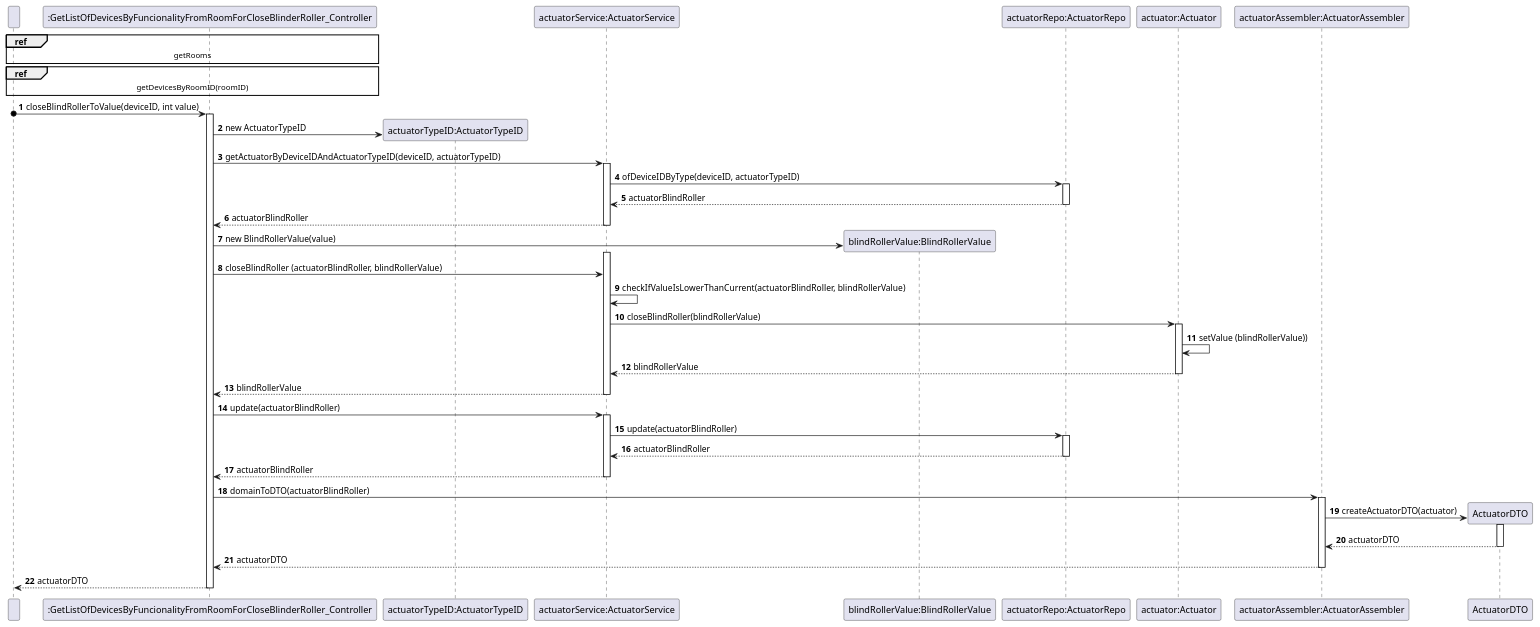
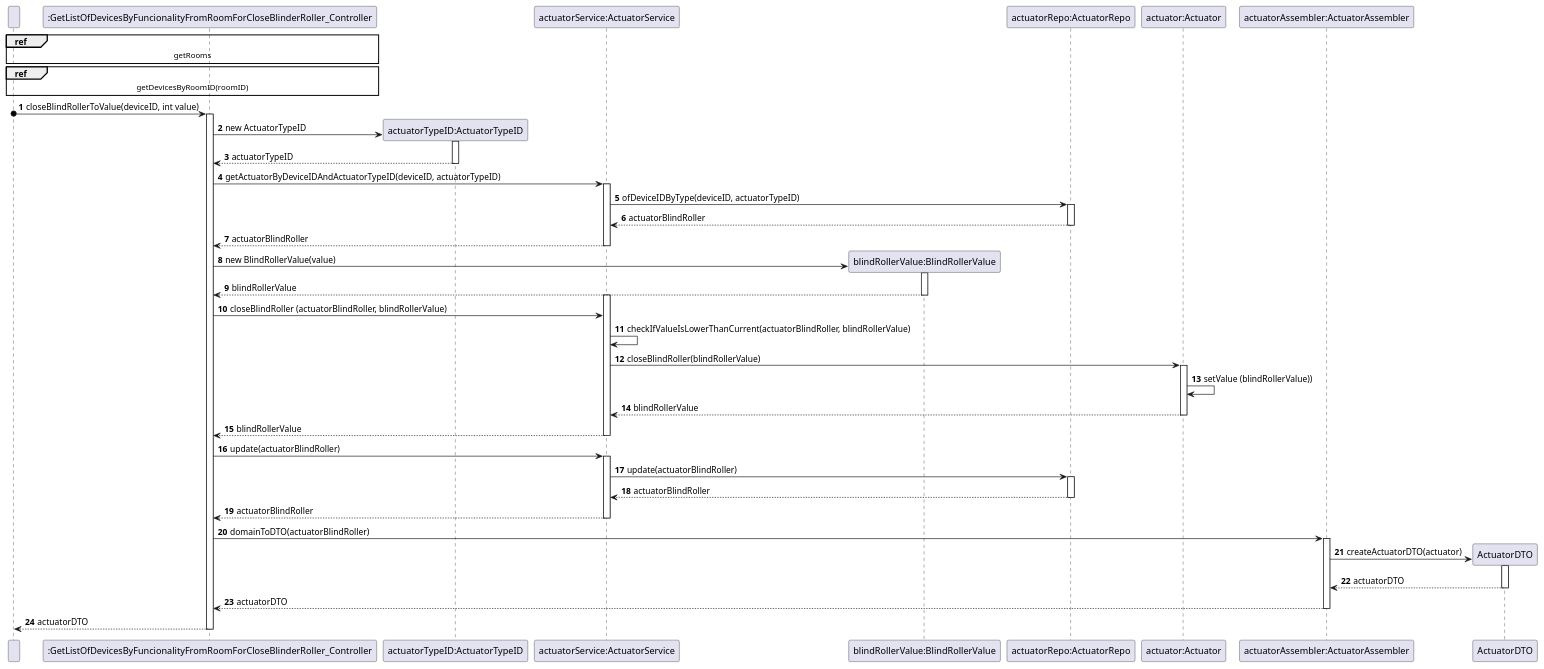
The diagram in docs/userStories/us37/artifacts/us37.puml (olivDiogo/SmartHome), drawn with PlantUML before and after one commit.

Commit message:
[UPDATE] closeBlindRollerSD close #482

```diff
--- a/docs/userStories/us37/artifacts/us37.puml
+++ b/docs/userStories/us37/artifacts/us37.puml
@@ -1,78 +1,85 @@
 @startuml
 'https://plantuml.com/sequence-diagram
 !pragma layout smetana
 autonumber
 
     participant " " as User
     participant ":GetListOfDevicesByFuncionalityFromRoomForCloseBlinderRoller_Controller" as GetListOfDevicesByFuncionalityFromRoomForCloseBlindRoller_Controller
     participant "actuatorTypeID:ActuatorTypeID" as ActuatorTypeID
     participant "actuatorService:ActuatorService" as ActuatorService
     participant "blindRollerValue:BlindRollerValue" as BlindRollerValue
     participant "actuatorRepo:ActuatorRepo" as ActuatorRepo
     participant "actuator:Actuator" as Actuator
     participant "actuatorAssembler:ActuatorAssembler" as ActuatorAssembler
 
 
 
 ' Request all devices by room and functionality
     ref over User, GetListOfDevicesByFuncionalityFromRoomForCloseBlindRoller_Controller: getRooms
     ref over User, GetListOfDevicesByFuncionalityFromRoomForCloseBlindRoller_Controller: getDevicesByRoomID(roomID)
 ' Request to close the blind roller
 
 User o-> GetListOfDevicesByFuncionalityFromRoomForCloseBlindRoller_Controller: closeBlindRollerToValue(deviceID, int value)
 activate GetListOfDevicesByFuncionalityFromRoomForCloseBlindRoller_Controller
 
 create ActuatorTypeID
 
 GetListOfDevicesByFuncionalityFromRoomForCloseBlindRoller_Controller -> ActuatorTypeID: new ActuatorTypeID
+activate ActuatorTypeID
+ActuatorTypeID --> GetListOfDevicesByFuncionalityFromRoomForCloseBlindRoller_Controller: actuatorTypeID
+deactivate ActuatorTypeID
 GetListOfDevicesByFuncionalityFromRoomForCloseBlindRoller_Controller -> ActuatorService: getActuatorByDeviceIDAndActuatorTypeID(deviceID, actuatorTypeID)
 activate ActuatorService
 ActuatorService -> ActuatorRepo: ofDeviceIDByType(deviceID, actuatorTypeID)
 
 activate ActuatorRepo
 ActuatorRepo --> "ActuatorService": actuatorBlindRoller
 deactivate ActuatorRepo
 ActuatorService --> GetListOfDevicesByFuncionalityFromRoomForCloseBlindRoller_Controller: actuatorBlindRoller
 deactivate ActuatorService
 create BlindRollerValue
+
 GetListOfDevicesByFuncionalityFromRoomForCloseBlindRoller_Controller -> BlindRollerValue: new BlindRollerValue(value)
+activate BlindRollerValue
+BlindRollerValue --> GetListOfDevicesByFuncionalityFromRoomForCloseBlindRoller_Controller: blindRollerValue
+deactivate BlindRollerValue
 activate ActuatorService
 
 
 GetListOfDevicesByFuncionalityFromRoomForCloseBlindRoller_Controller -> ActuatorService: closeBlindRoller (actuatorBlindRoller, blindRollerValue)
 
 ActuatorService -> ActuatorService: checkIfValueIsLowerThanCurrent(actuatorBlindRoller, blindRollerValue)
 
 ActuatorService -> Actuator: closeBlindRoller(blindRollerValue)
 activate Actuator
 Actuator -> Actuator: setValue (blindRollerValue))
 Actuator --> ActuatorService: blindRollerValue
 deactivate Actuator
 
 ActuatorService --> GetListOfDevicesByFuncionalityFromRoomForCloseBlindRoller_Controller: blindRollerValue
 deactivate ActuatorService
 GetListOfDevicesByFuncionalityFromRoomForCloseBlindRoller_Controller -> ActuatorService: update(actuatorBlindRoller)
 activate ActuatorService
 ActuatorService -> ActuatorRepo: update(actuatorBlindRoller)
 activate ActuatorRepo
 ActuatorRepo --> ActuatorService: actuatorBlindRoller
 deactivate ActuatorRepo
 ActuatorService --> GetListOfDevicesByFuncionalityFromRoomForCloseBlindRoller_Controller: actuatorBlindRoller
 
 deactivate ActuatorService
 
 GetListOfDevicesByFuncionalityFromRoomForCloseBlindRoller_Controller -> ActuatorAssembler: domainToDTO(actuatorBlindRoller)
 activate ActuatorAssembler
 create ActuatorDTO
 ActuatorAssembler -> ActuatorDTO: createActuatorDTO(actuator)
 
 activate ActuatorDTO
 ActuatorDTO --> ActuatorAssembler: actuatorDTO
 deactivate ActuatorDTO
 ActuatorAssembler --> GetListOfDevicesByFuncionalityFromRoomForCloseBlindRoller_Controller: actuatorDTO
 deactivate ActuatorAssembler
 GetListOfDevicesByFuncionalityFromRoomForCloseBlindRoller_Controller --> User: actuatorDTO
 deactivate GetListOfDevicesByFuncionalityFromRoomForCloseBlindRoller_Controller
 
 
 @enduml
```
